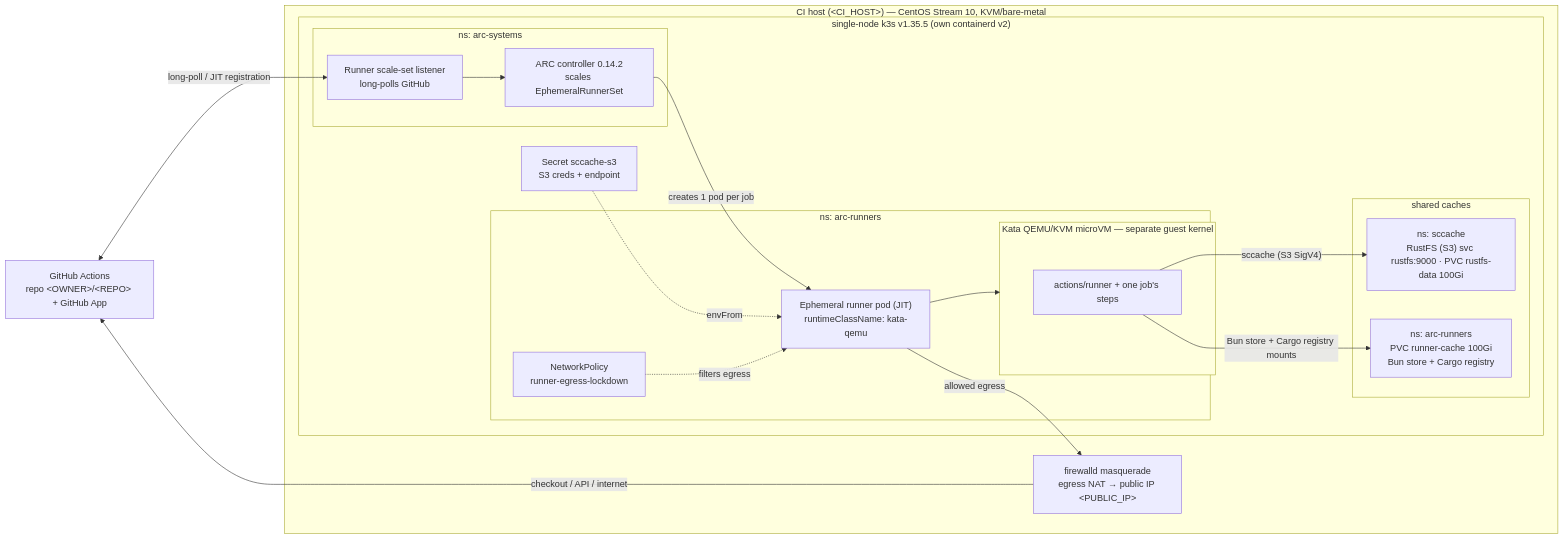
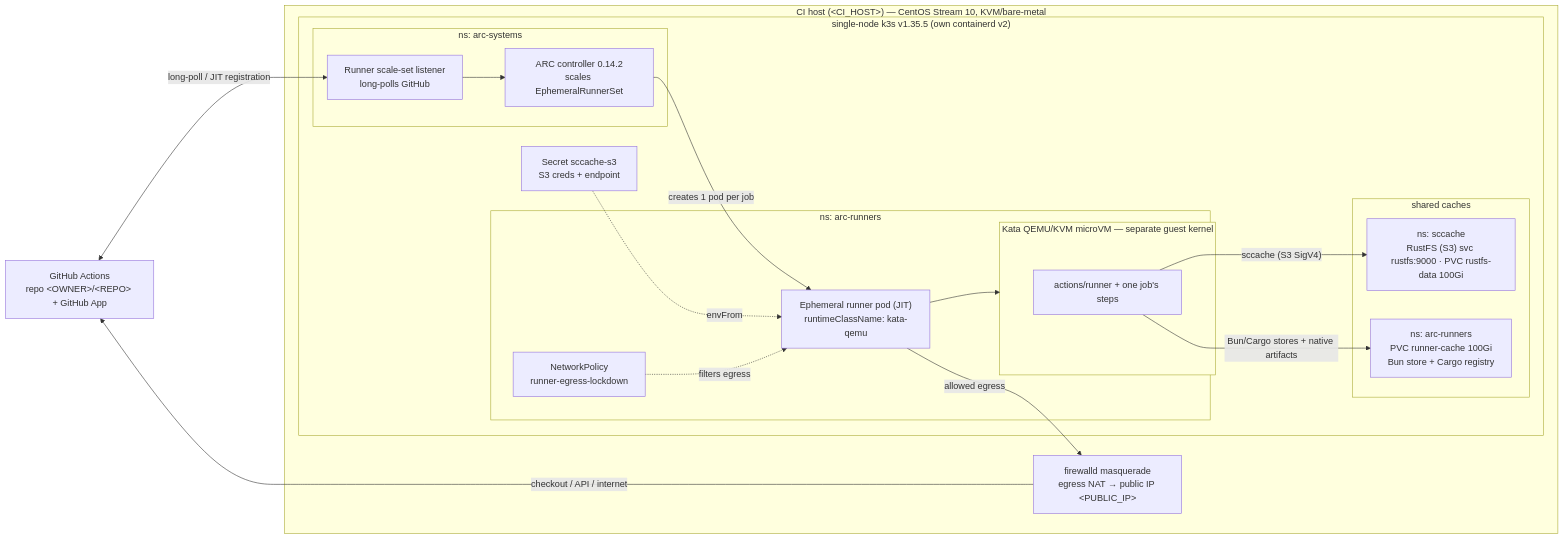
The diagram in infra/docs/README.md (design-nexus/pi-forge), drawn with Mermaid before and after one commit. The commit also changed other lines of this file and 14 other files, not shown here.

````diff
--- a/infra/docs/README.md
+++ b/infra/docs/README.md
@@ -9,37 +9,37 @@
 ```mermaid
 flowchart LR
     GH["GitHub Actions<br/>repo &lt;OWNER&gt;/&lt;REPO&gt; + GitHub App"]
 
     subgraph HOST["CI host (&lt;CI_HOST&gt;) — CentOS Stream 10, KVM/bare-metal"]
       NAT["firewalld masquerade<br/>egress NAT → public IP &lt;PUBLIC_IP&gt;"]
       subgraph K3S["single-node k3s v1.35.5 (own containerd v2)"]
         subgraph SYS["ns: arc-systems"]
           LIS["Runner scale-set listener<br/>long-polls GitHub"]
           CTRL["ARC controller 0.14.2<br/>scales EphemeralRunnerSet"]
         end
         subgraph RUN["ns: arc-runners"]
           NP["NetworkPolicy<br/>runner-egress-lockdown"]
           POD["Ephemeral runner pod (JIT)<br/>runtimeClassName: kata-qemu"]
           subgraph VM["Kata QEMU/KVM microVM — separate guest kernel"]
             JOB["actions/runner + one job's steps"]
           end
         end
         subgraph CACHE["shared caches"]
           RUSTFS["ns: sccache<br/>RustFS (S3) svc rustfs:9000 · PVC rustfs-data 100Gi"]
           PVC["ns: arc-runners<br/>PVC runner-cache 100Gi<br/>Bun store + Cargo registry"]
         end
         SEC["Secret sccache-s3<br/>S3 creds + endpoint"]
       end
     end
 
     GH <-->|"long-poll / JIT registration"| LIS
     LIS --> CTRL
     CTRL -->|"creates 1 pod per job"| POD
     POD --> VM
     SEC -.->|"envFrom"| POD
     NP -.->|"filters egress"| POD
     JOB -->|"sccache (S3 SigV4)"| RUSTFS
-    JOB -->|"Bun store + Cargo registry mounts"| PVC
+    JOB -->|"Bun/Cargo stores + native artifacts"| PVC
     POD -->|"allowed egress"| NAT
     NAT -->|"checkout / API / internet"| GH
 ```
````
